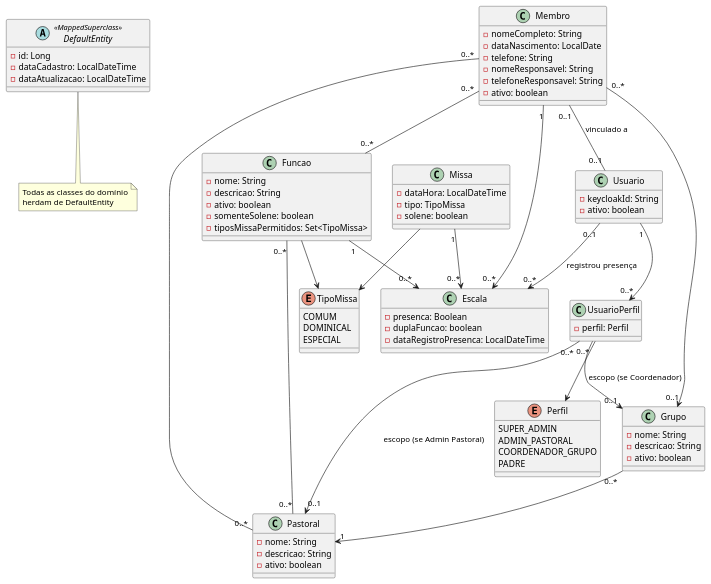
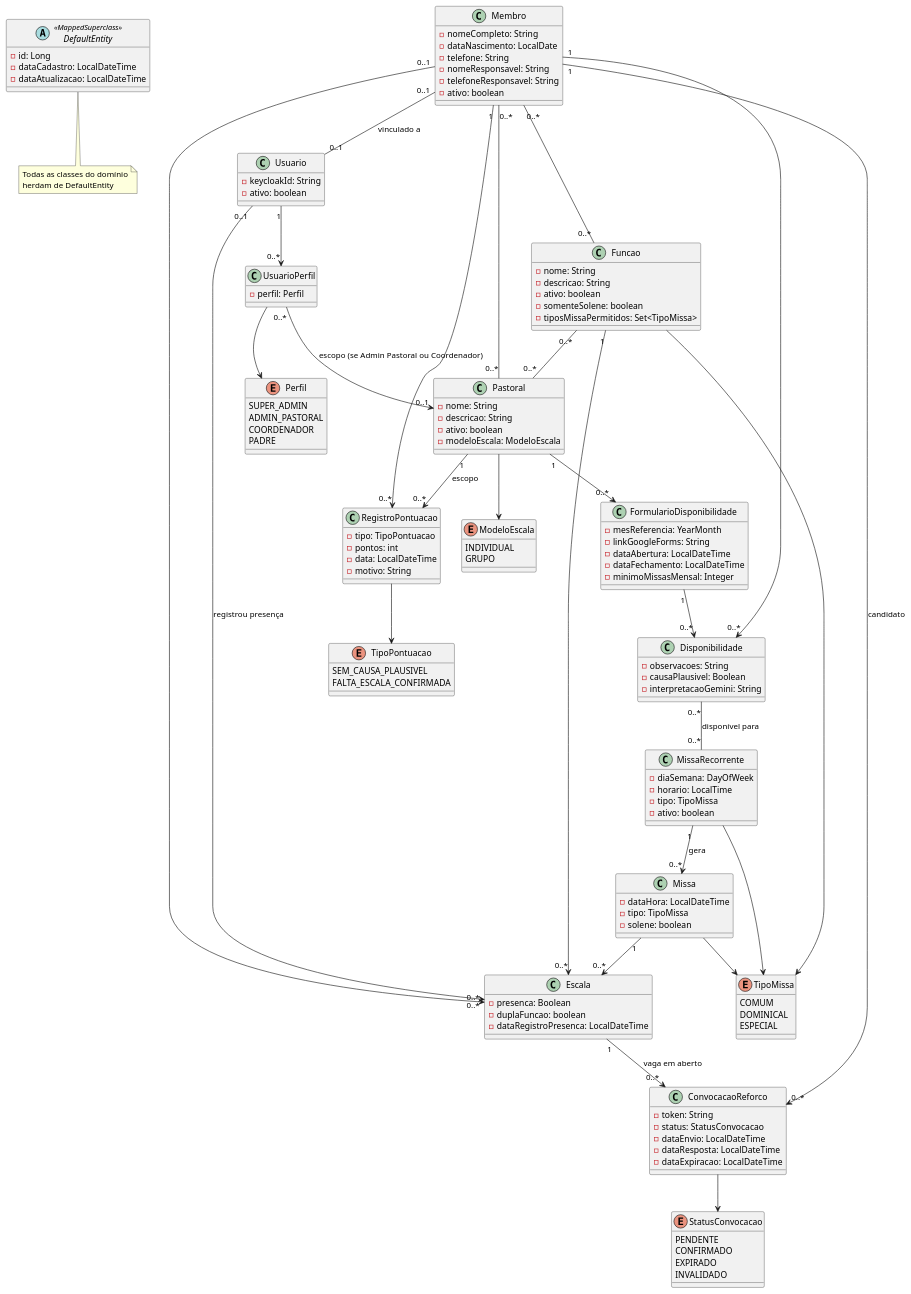
The diagram in docs/diagramas/classes.plantuml (DaviRSuassuna/paroquia-sistema), drawn with PlantUML before and after one commit.

Commit message:
atualizacao_diagrama_de_classes

```diff
--- a/docs/diagramas/classes.plantuml
+++ b/docs/diagramas/classes.plantuml
@@ -1,99 +1,160 @@
 @startuml DiagramaClasses
 
 abstract class DefaultEntity <<MappedSuperclass>> {
   - id: Long
   - dataCadastro: LocalDateTime
-  -dataAtualizacao: LocalDateTime
+  - dataAtualizacao: LocalDateTime
 }
 
 note bottom of DefaultEntity
   Todas as classes do domínio
   herdam de DefaultEntity
 end note
 
 enum TipoMissa {
   COMUM
   DOMINICAL
   ESPECIAL
 }
 
 enum Perfil {
   SUPER_ADMIN
   ADMIN_PASTORAL
-  COORDENADOR_GRUPO
+  COORDENADOR
   PADRE
+}
+
+enum ModeloEscala {
+  INDIVIDUAL
+  GRUPO
+}
+
+enum StatusConvocacao {
+  PENDENTE
+  CONFIRMADO
+  EXPIRADO
+  INVALIDADO
+}
+
+enum TipoPontuacao {
+  SEM_CAUSA_PLAUSIVEL
+  FALTA_ESCALA_CONFIRMADA
 }
 
 class Membro {
   - nomeCompleto: String
   - dataNascimento: LocalDate
   - telefone: String
   - nomeResponsavel: String
   - telefoneResponsavel: String
   - ativo: boolean
 }
 
 class Pastoral {
   - nome: String
   - descricao: String
   - ativo: boolean
-}
-
-class Grupo {
-  - nome: String
-  - descricao: String
-  - ativo: boolean
+  - modeloEscala: ModeloEscala
 }
 
 class Funcao {
   - nome: String
   - descricao: String
   - ativo: boolean
   - somenteSolene: boolean
   - tiposMissaPermitidos: Set<TipoMissa>
+}
+
+class MissaRecorrente {
+  - diaSemana: DayOfWeek
+  - horario: LocalTime
+  - tipo: TipoMissa
+  - ativo: boolean
 }
 
 class Missa {
   - dataHora: LocalDateTime
   - tipo: TipoMissa
   - solene: boolean
 }
 
 class Escala {
   - presenca: Boolean
   - duplaFuncao: boolean
   - dataRegistroPresenca: LocalDateTime
+}
+
+class FormularioDisponibilidade {
+  - mesReferencia: YearMonth
+  - linkGoogleForms: String
+  - dataAbertura: LocalDateTime
+  - dataFechamento: LocalDateTime
+  - minimoMissasMensal: Integer
+}
+
+class Disponibilidade {
+  - observacoes: String
+  - causaPlausivel: Boolean
+  - interpretacaoGemini: String
+}
+
+class ConvocacaoReforco {
+  - token: String
+  - status: StatusConvocacao
+  - dataEnvio: LocalDateTime
+  - dataResposta: LocalDateTime
+  - dataExpiracao: LocalDateTime
+}
+
+class RegistroPontuacao {
+  - tipo: TipoPontuacao
+  - pontos: int
+  - data: LocalDateTime
+  - motivo: String
 }
 
 class Usuario {
   - keycloakId: String
   - ativo: boolean
 }
 
 class UsuarioPerfil {
   - perfil: Perfil
 }
 
 Membro "0..*" -- "0..*" Pastoral
 Membro "0..*" -- "0..*" Funcao
 Funcao "0..*" -- "0..*" Pastoral
 
-Grupo "0..*" --> "1" Pastoral
-Membro "0..*" --> "0..1" Grupo
-
 Missa "1" --> "0..*" Escala
-Membro "1" --> "0..*" Escala
+Membro "0..1" --> "0..*" Escala
 Funcao "1" --> "0..*" Escala
 Usuario "0..1" --> "0..*" Escala : registrou presença
+
+MissaRecorrente "1" --> "0..*" Missa : gera
+
+Pastoral "1" --> "0..*" FormularioDisponibilidade
+FormularioDisponibilidade "1" --> "0..*" Disponibilidade
+Membro "1" --> "0..*" Disponibilidade
+Disponibilidade "0..*" -- "0..*" MissaRecorrente : disponível para
+
+Escala "1" --> "0..*" ConvocacaoReforco : vaga em aberto
+Membro "1" --> "0..*" ConvocacaoReforco : candidato
+
+Membro "1" --> "0..*" RegistroPontuacao
+Pastoral "1" --> "0..*" RegistroPontuacao : escopo
 
 Membro "0..1" -- "0..1" Usuario : vinculado a
 
 Usuario "1" --> "0..*" UsuarioPerfil
-UsuarioPerfil "0..*" --> "0..1" Pastoral : escopo (se Admin Pastoral)
-UsuarioPerfil "0..*" --> "0..1" Grupo : escopo (se Coordenador)
+UsuarioPerfil "0..*" --> "0..1" Pastoral : escopo (se Admin Pastoral ou Coordenador)
 
 Missa --> TipoMissa
+MissaRecorrente --> TipoMissa
 Funcao --> TipoMissa
 UsuarioPerfil --> Perfil
+Pastoral --> ModeloEscala
+ConvocacaoReforco --> StatusConvocacao
+RegistroPontuacao --> TipoPontuacao
 
 @enduml
```
